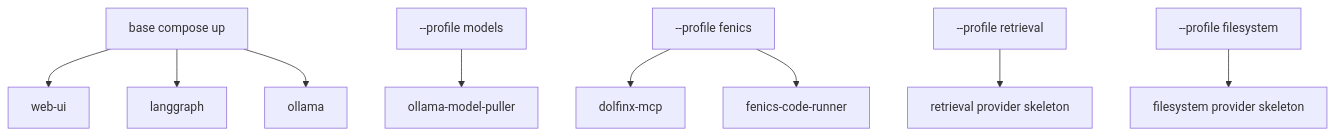
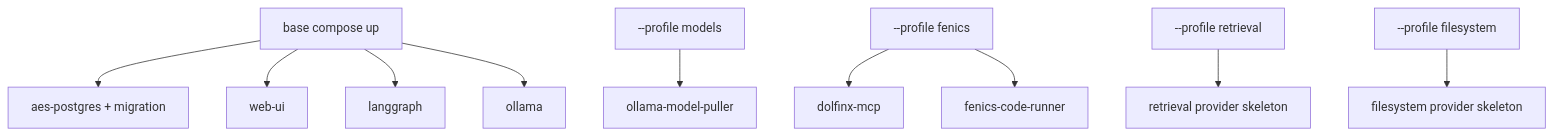
One commit to RadmirG/AES changed the third of 4 diagrams in deploy/architecture.md. Above: the diagram before and after it, drawn with Mermaid. The commit also changed other lines of this file and 32 other files, not shown here.

````diff
--- a/deploy/architecture.md
+++ b/deploy/architecture.md
@@ -56,11 +59,12 @@
 ```mermaid
 flowchart TD
-    A["base compose up"] --> B["web-ui"]
+    A["base compose up"] --> DB["aes-postgres + migration"]
+    A --> B["web-ui"]
     A --> C["langgraph"]
     A --> D["ollama"]
     E["--profile models"] --> F["ollama-model-puller"]
     G["--profile fenics"] --> H["dolfinx-mcp"]
     G --> I["fenics-code-runner"]
     J["--profile retrieval"] --> K["retrieval provider skeleton"]
     L["--profile filesystem"] --> M["filesystem provider skeleton"]
 ```
````
